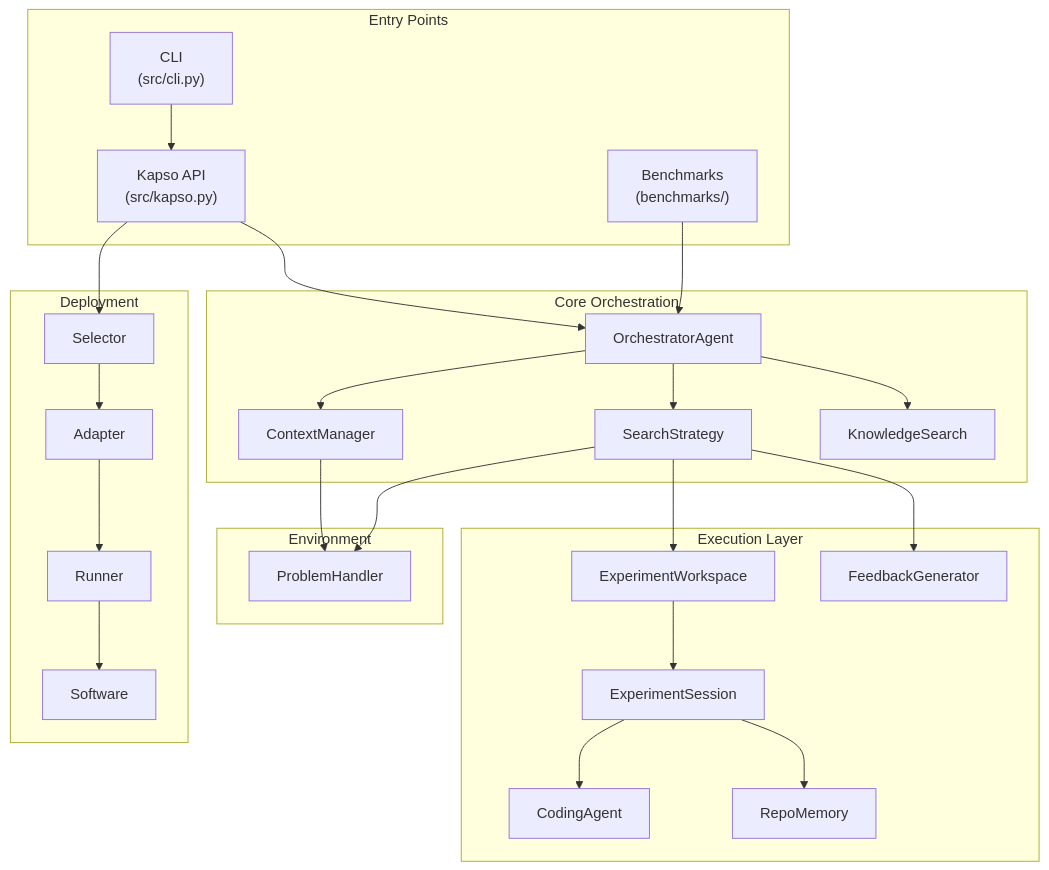
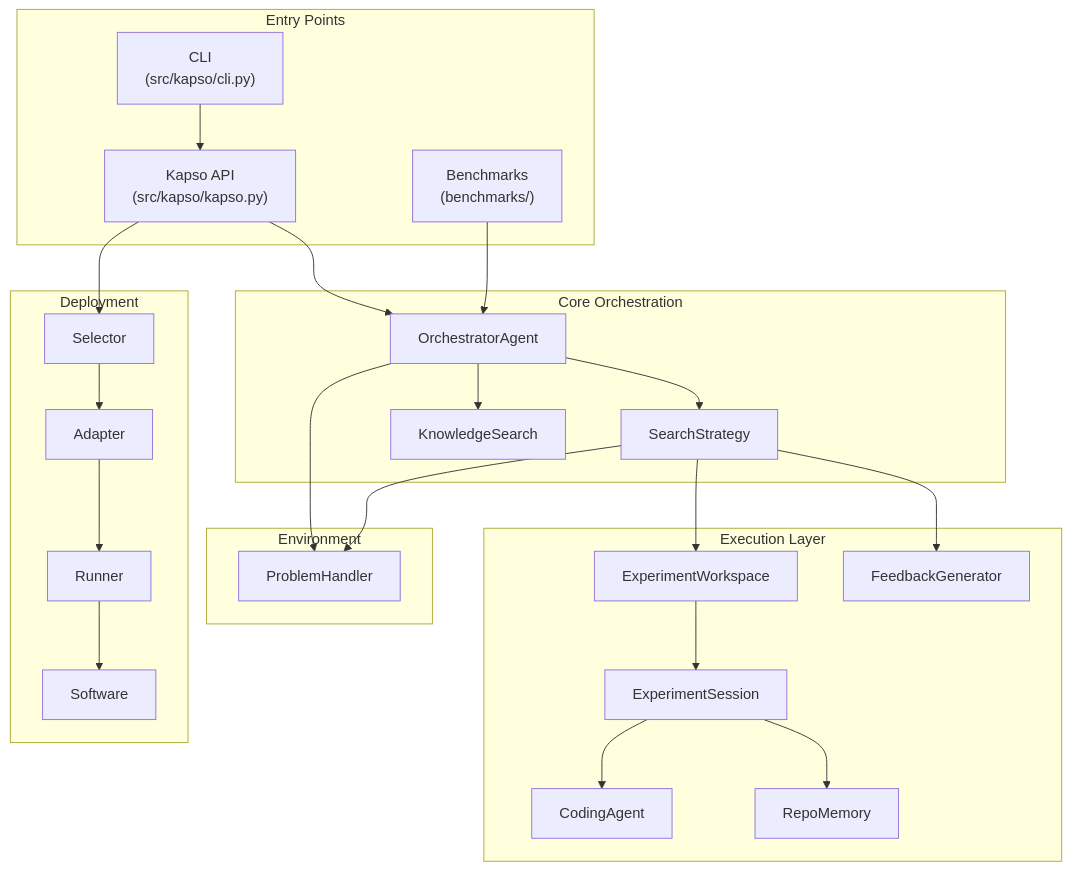
One commit to Leeroo-AI/kapso changed the first of 2 diagrams in docs/evolve/architecture.mdx. Above: the diagram before and after it, drawn with Mermaid. The commit also changed other lines of this file and 14 other files, not shown here.

````diff
--- a/docs/evolve/architecture.mdx
+++ b/docs/evolve/architecture.mdx
@@ -10,56 +10,54 @@
 ```mermaid
 flowchart TB
     subgraph Entry["Entry Points"]
-        API["Kapso API\n(src/kapso.py)"]
-        CLI["CLI\n(src/cli.py)"]
+        API["Kapso API\n(src/kapso/kapso.py)"]
+        CLI["CLI\n(src/kapso/cli.py)"]
         BENCH["Benchmarks\n(benchmarks/)"]
     end
 
     subgraph Core["Core Orchestration"]
         ORCH["OrchestratorAgent"]
         STRAT["SearchStrategy"]
-        CTX["ContextManager"]
         KS["KnowledgeSearch"]
     end
 
     subgraph Execution["Execution Layer"]
         WS["ExperimentWorkspace"]
         SESS["ExperimentSession"]
         AGENT["CodingAgent"]
         REPO["RepoMemory"]
         FG["FeedbackGenerator"]
     end
 
     subgraph Env["Environment"]
         HAND["ProblemHandler"]
     end
 
     subgraph Deploy["Deployment"]
         SEL["Selector"]
         ADAPT["Adapter"]
         RUN["Runner"]
         SOFT["Software"]
     end
 
     API --> ORCH
     CLI --> API
     BENCH --> ORCH
 
     ORCH --> STRAT
-    ORCH --> CTX
     ORCH --> KS
 
     STRAT --> WS
     STRAT --> FG
     WS --> SESS
     SESS --> AGENT
     SESS --> REPO
 
-    CTX --> HAND
+    ORCH --> HAND
     STRAT --> HAND
 
     API --> SEL
     SEL --> ADAPT
     ADAPT --> RUN
     RUN --> SOFT
 ```
````
